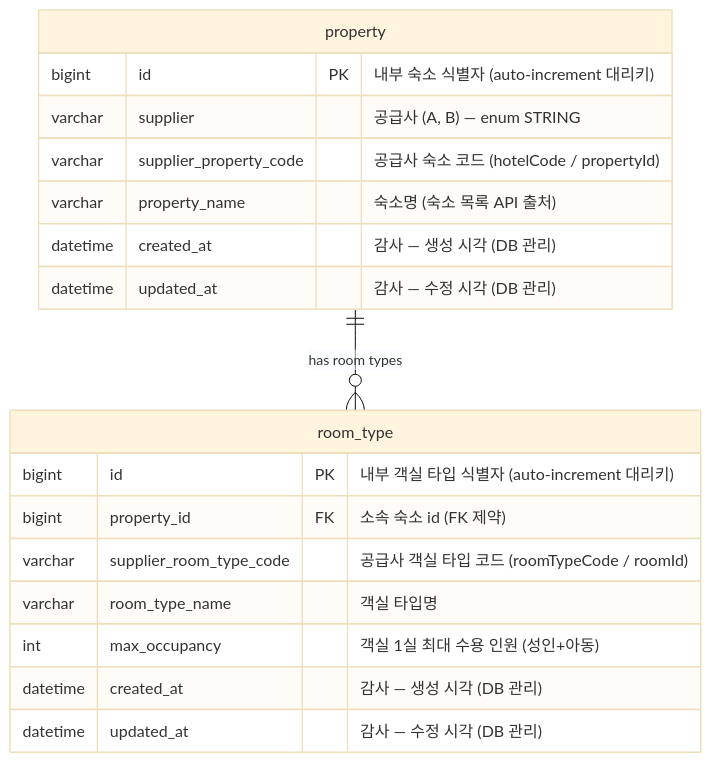
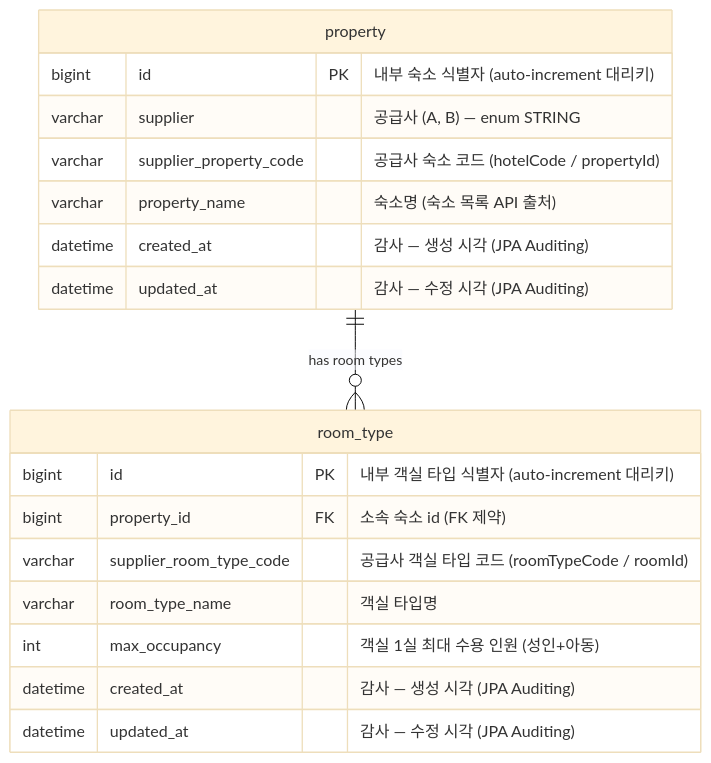
Before and after one commit to thomas783/supplier-sync: the diagram in docs/ERD.md, drawn with Mermaid (base theme). The commit also changed other lines of this file and 2 other files, not shown here.

````diff
--- a/docs/ERD.md
+++ b/docs/ERD.md
@@ -10,23 +10,23 @@
 ```mermaid
 erDiagram
     property ||--o{ room_type : "has room types"
 
     property {
         bigint       id PK "내부 숙소 식별자 (auto-increment 대리키)"
         varchar      supplier "공급사 (A, B) — enum STRING"
         varchar      supplier_property_code "공급사 숙소 코드 (hotelCode / propertyId)"
         varchar      property_name "숙소명 (숙소 목록 API 출처)"
-        datetime     created_at "감사 — 생성 시각 (DB 관리)"
-        datetime     updated_at "감사 — 수정 시각 (DB 관리)"
+        datetime     created_at "감사 — 생성 시각 (JPA Auditing)"
+        datetime     updated_at "감사 — 수정 시각 (JPA Auditing)"
     }
 
     room_type {
         bigint       id PK "내부 객실 타입 식별자 (auto-increment 대리키)"
         bigint       property_id FK "소속 숙소 id (FK 제약)"
         varchar      supplier_room_type_code "공급사 객실 타입 코드 (roomTypeCode / roomId)"
         varchar      room_type_name "객실 타입명"
         int          max_occupancy "객실 1실 최대 수용 인원 (성인+아동)"
-        datetime     created_at "감사 — 생성 시각 (DB 관리)"
-        datetime     updated_at "감사 — 수정 시각 (DB 관리)"
+        datetime     created_at "감사 — 생성 시각 (JPA Auditing)"
+        datetime     updated_at "감사 — 수정 시각 (JPA Auditing)"
     }
 ```
````
